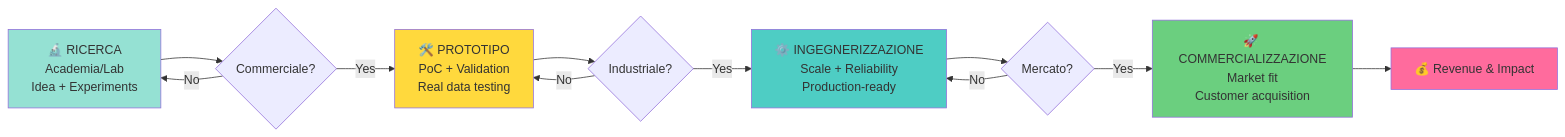
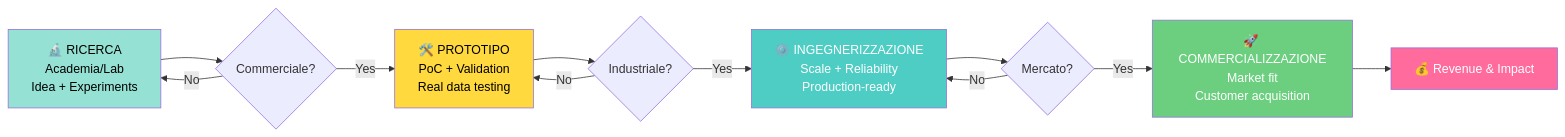
The diagram in src/content/blog/ricerca-sviluppo-azienda.md (federicodiluca/federicodiluca.github.io), drawn with Mermaid before and after one commit. The commit also changed 9 other files, not shown here.

First line of the commit message:
fix: improve Mermaid diagram text colors for accessibility

````diff
--- a/src/content/blog/ricerca-sviluppo-azienda.md
+++ b/src/content/blog/ricerca-sviluppo-azienda.md
@@ -13,19 +13,19 @@
 ```mermaid
 flowchart LR
     A["🔬 RICERCA<br/>Academia/Lab<br/>Idea + Experiments"] --> B{Commerciale?}
     B -->|No| A
     B -->|Yes| C["🛠️ PROTOTIPO<br/>PoC + Validation<br/>Real data testing"]
     C --> D{Industriale?}
     D -->|No| C
     D -->|Yes| E["⚙️ INGEGNERIZZAZIONE<br/>Scale + Reliability<br/>Production-ready"]
     E --> F{Mercato?}
     F -->|No| E
     F -->|Yes| G["🚀 COMMERCIALIZZAZIONE<br/>Market fit<br/>Customer acquisition"]
     G --> H["💰 Revenue & Impact"]
     
-    style A fill:#95e1d3
-    style C fill:#ffd93d
-    style E fill:#4ecdc4
-    style G fill:#6bcf7f
-    style H fill:#ff6b9d
+    style A fill:#95e1d3,color:#000
+    style C fill:#ffd93d,color:#000
+    style E fill:#4ecdc4,color:#fff
+    style G fill:#6bcf7f,color:#fff
+    style H fill:#ff6b9d,color:#fff
 ```
````
